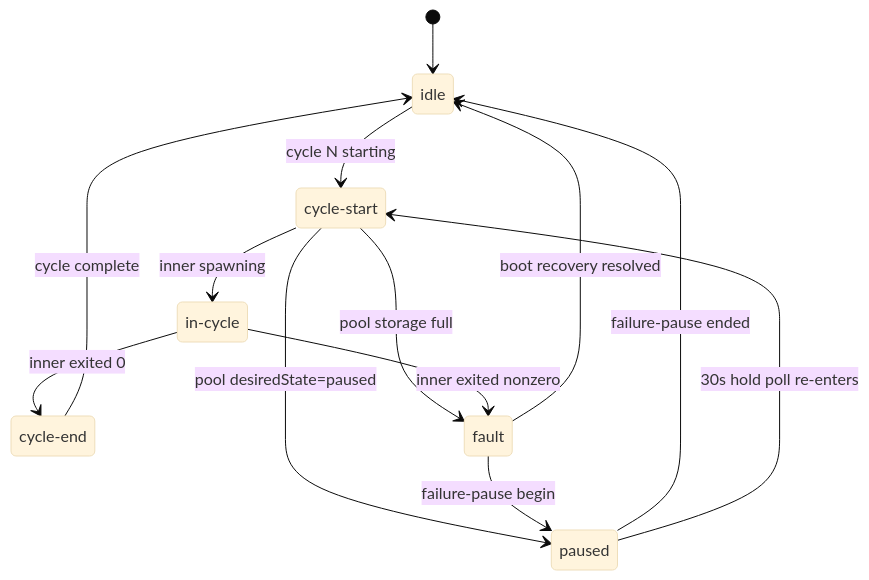
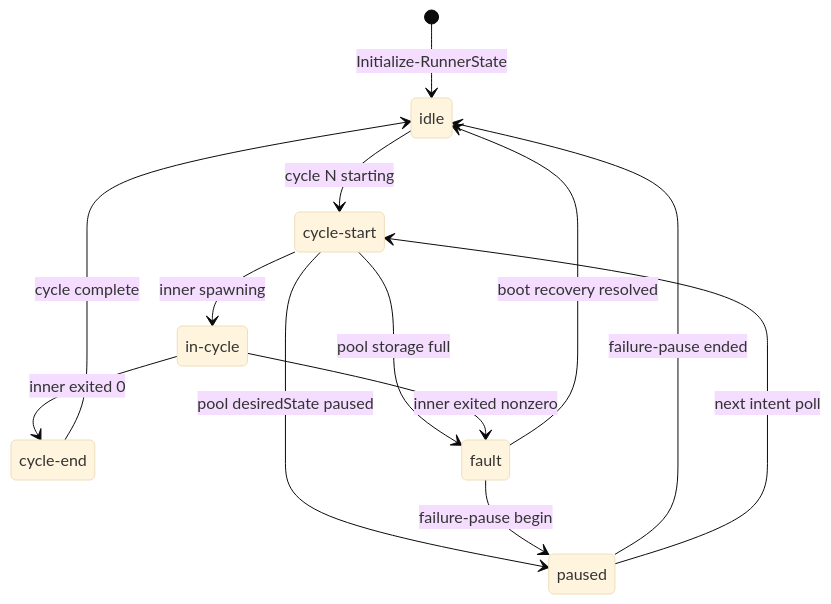
Before and after one commit to alissonsol/yuruna: the first of 4 diagrams in docs/design/04-lifecycle-state.md, drawn with Mermaid (base theme). The commit also changed other lines of this file and 752 other files, not shown here.

````diff
--- a/docs/design/04-lifecycle-state.md
+++ b/docs/design/04-lifecycle-state.md
@@ -19,22 +26,22 @@
 ```mermaid
 stateDiagram-v2
     state "idle" as idle
     state "cycle-start" as cycle_start
     state "in-cycle" as in_cycle
     state "cycle-end" as cycle_end
     state "fault" as fault
     state "paused" as paused
 
-    [*] --> idle
+    [*] --> idle : Initialize-RunnerState
+    idle --> cycle_start : cycle N starting
+    cycle_start --> in_cycle : inner spawning
+    cycle_start --> fault : pool storage full
+    cycle_start --> paused : pool desiredState paused
+    in_cycle --> cycle_end : inner exited 0
+    in_cycle --> fault : inner exited nonzero
+    cycle_end --> idle : cycle complete
+    fault --> paused : failure-pause begin
     fault --> idle : boot recovery resolved
-    idle --> cycle_start : cycle N starting
-    cycle_start --> paused : pool desiredState=paused
-    cycle_start --> fault : pool storage full
-    cycle_start --> in_cycle : inner spawning
-    in_cycle --> cycle_end : inner exited 0
-    cycle_end --> idle : cycle complete
-    in_cycle --> fault : inner exited nonzero
-    fault --> paused : failure-pause begin
     paused --> idle : failure-pause ended
-    paused --> cycle_start : 30s hold poll re-enters
+    paused --> cycle_start : next intent poll
 ```
````
